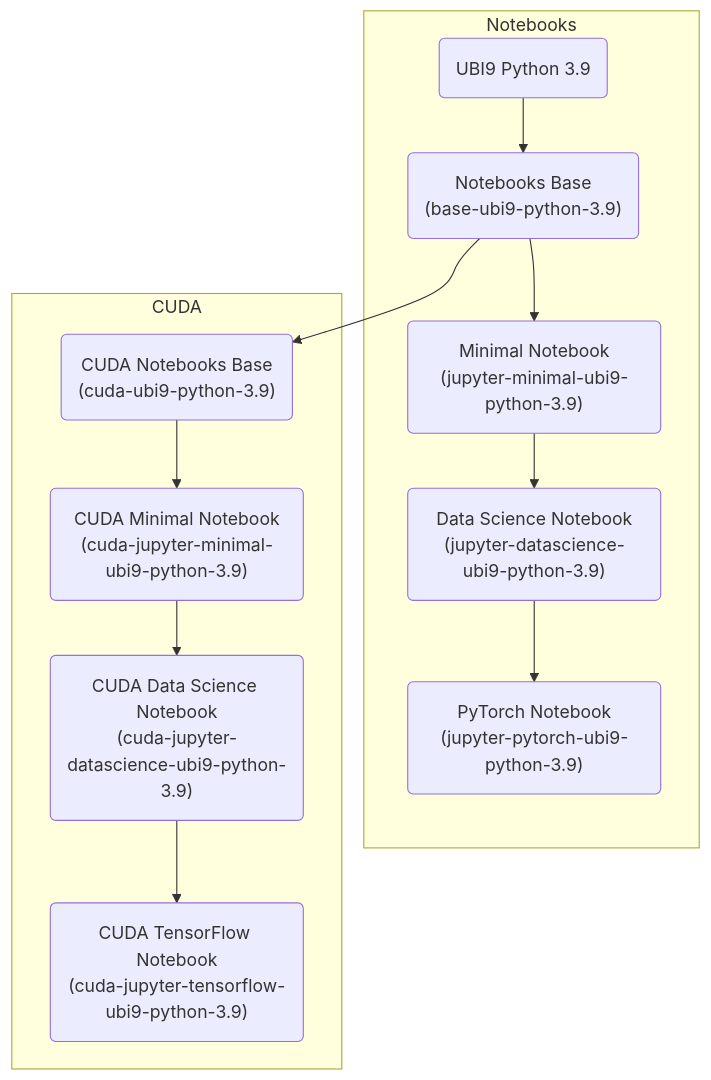
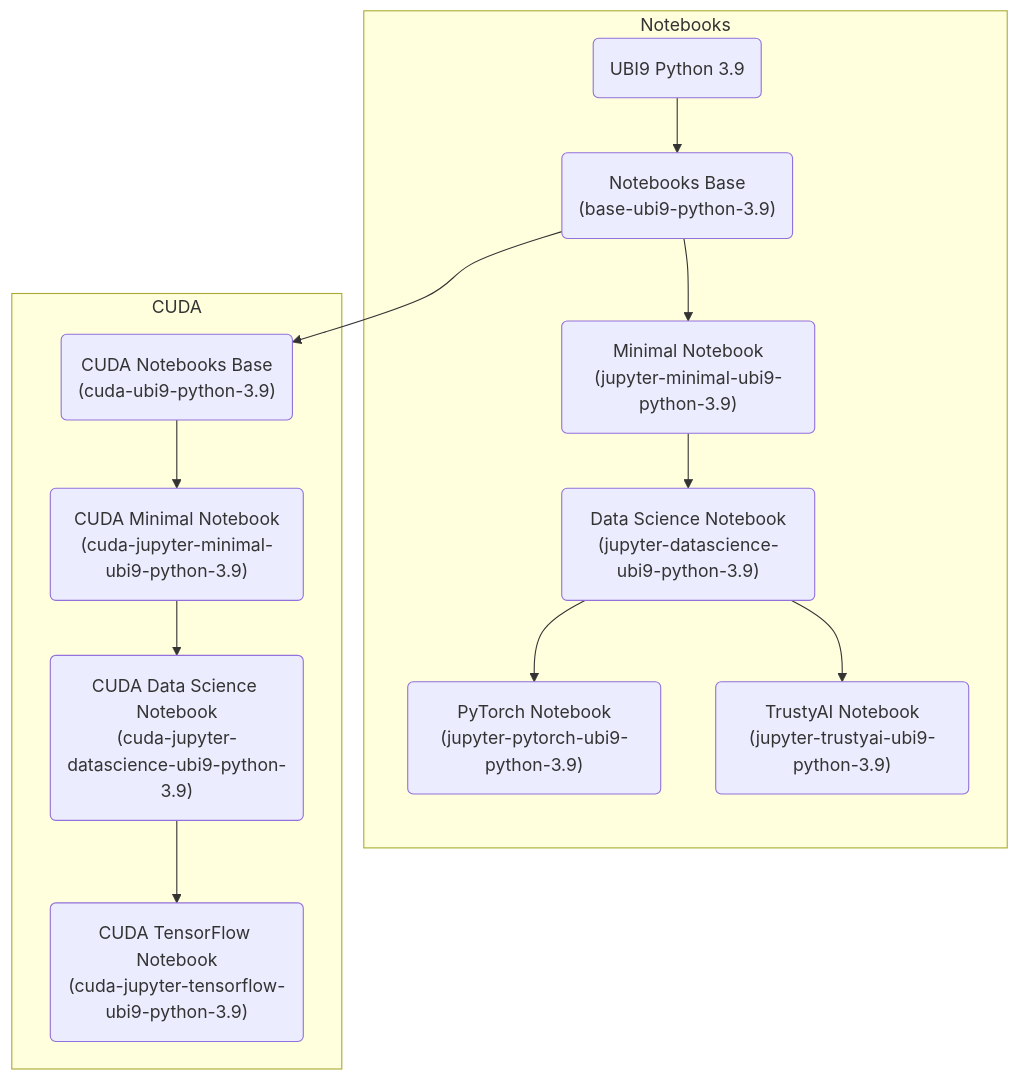
Before and after one commit to opendatahub-io/notebooks: the second of 2 diagrams in README.md, drawn with Mermaid. The commit also changed other lines of this file and 7 other files, not shown here.

````diff
--- a/README.md
+++ b/README.md
@@ -45,32 +45,34 @@
 ```mermaid
 graph TB
     subgraph Notebooks
         %% Nodes
         ubi9-python-3.9(UBI9 Python 3.9);
         base-ubi9-python-3.9("Notebooks Base<br/>(base-ubi9-python-3.9)");
         jupyter-minimal-ubi9-python-3.9("Minimal Notebook<br/>(jupyter-minimal-ubi9-python-3.9)");
         jupyter-datascience-ubi9-python-3.9("Data Science Notebook<br/>(jupyter-datascience-ubi9-python-3.9)");
         jupyter-pytorch-ubi9-python-3.9("PyTorch Notebook<br/>(jupyter-pytorch-ubi9-python-3.9)");
+        jupyter-trustyai-ubi9-python-3.9("TrustyAI Notebook<br/>(jupyter-trustyai-ubi9-python-3.9)");
 
         %% Edges
         ubi9-python-3.9 --> base-ubi9-python-3.9;
         base-ubi9-python-3.9 --> jupyter-minimal-ubi9-python-3.9;
         jupyter-minimal-ubi9-python-3.9 --> jupyter-datascience-ubi9-python-3.9;
         jupyter-datascience-ubi9-python-3.9 --> jupyter-pytorch-ubi9-python-3.9;
+        jupyter-datascience-ubi9-python-3.9 --> jupyter-trustyai-ubi9-python-3.9;
     end
 
     subgraph CUDA
         %% Nodes
         cuda-ubi9-python-3.9("CUDA Notebooks Base<br/>(cuda-ubi9-python-3.9)");
         cuda-jupyter-minimal-ubi9-python-3.9("CUDA Minimal Notebook<br/>(cuda-jupyter-minimal-ubi9-python-3.9)");
         cuda-jupyter-datascience-ubi9-python-3.9("CUDA Data Science Notebook<br/>(cuda-jupyter-datascience-ubi9-python-3.9)");
         cuda-jupyter-tensorflow-ubi9-python-3.9("CUDA TensorFlow Notebook<br/>(cuda-jupyter-tensorflow-ubi9-python-3.9)");
 
         %% Edges
         base-ubi9-python-3.9 --> cuda-ubi9-python-3.9;
         cuda-ubi9-python-3.9 --> cuda-jupyter-minimal-ubi9-python-3.9;
         cuda-jupyter-minimal-ubi9-python-3.9 --> cuda-jupyter-datascience-ubi9-python-3.9;
         cuda-jupyter-datascience-ubi9-python-3.9 --> cuda-jupyter-tensorflow-ubi9-python-3.9;
     end
 
 ```
````
